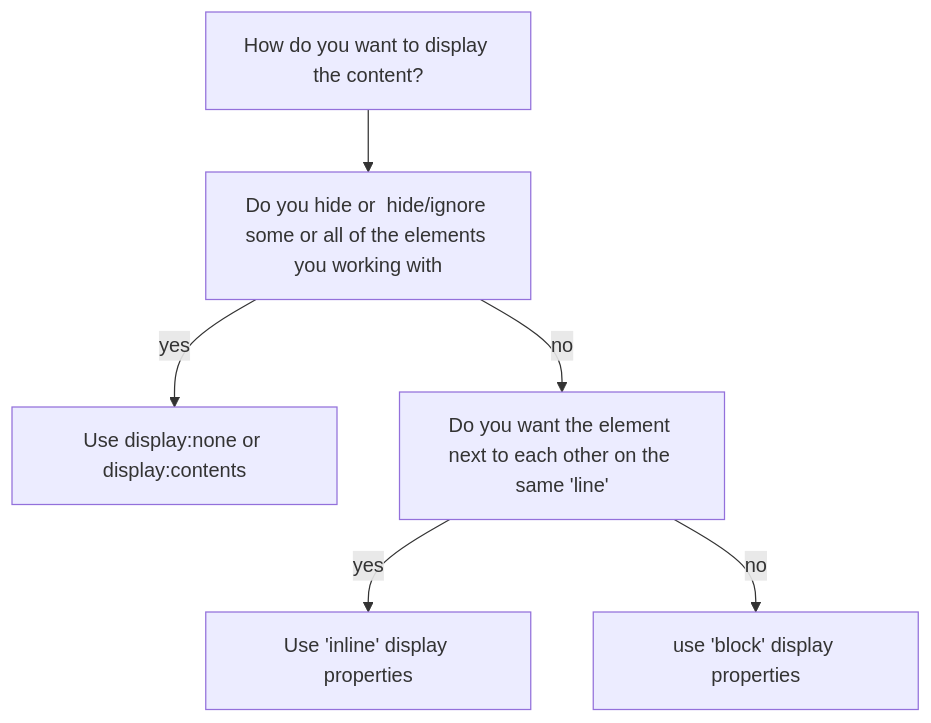
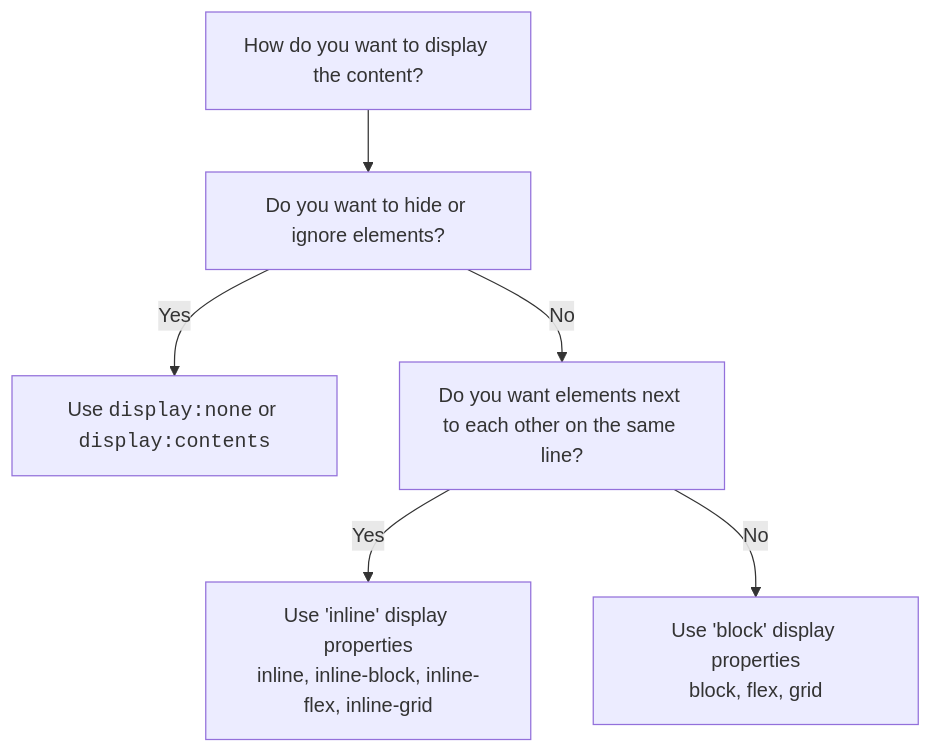
One commit to MaxwellCohen/cheat-sheets changed the second of 5 diagrams in css/dispay.md. Above: the diagram before and after it, drawn with Mermaid. The commit also changed other lines of this file, not shown here.

First line of the commit message:
Enhance CSS display properties documentation with detailed explanations and examples

````diff
--- a/css/dispay.md
+++ b/css/dispay.md
@@ -30,14 +27,14 @@
 ```mermaid
 graph TB;
     A0["` How do you want to display the content?`"]
-    A["` Do you hide or  hide/ignore some or all of the elements you working with `"]
-    A1["Use display:none or display:contents"]
-    B["` Do you want the element next to each other on the same 'line' `"]
-    b1["`Use 'inline' display properties`"]
-    C["` use 'block' display properties`"]
+    A["` Do you want to hide or ignore elements?`"]
+    A1["` Use <code>display:none</code> or <code>display:contents</code>`"]
+    B["` Do you want elements next to each other on the same line?`"]
+    b1["` Use 'inline' display properties<br/>inline, inline-block, inline-flex, inline-grid`"]
+    C["` Use 'block' display properties<br/>block, flex, grid`"]
     A0 --> A
-    A -- yes --> A1
-    A -- no --> B
-    B -- yes --> b1
-    B -- no --> C
+    A --Yes--> A1
+    A --"No"--> B
+    B --"Yes"--> b1
+    B --"No"--> C
 ```
````
